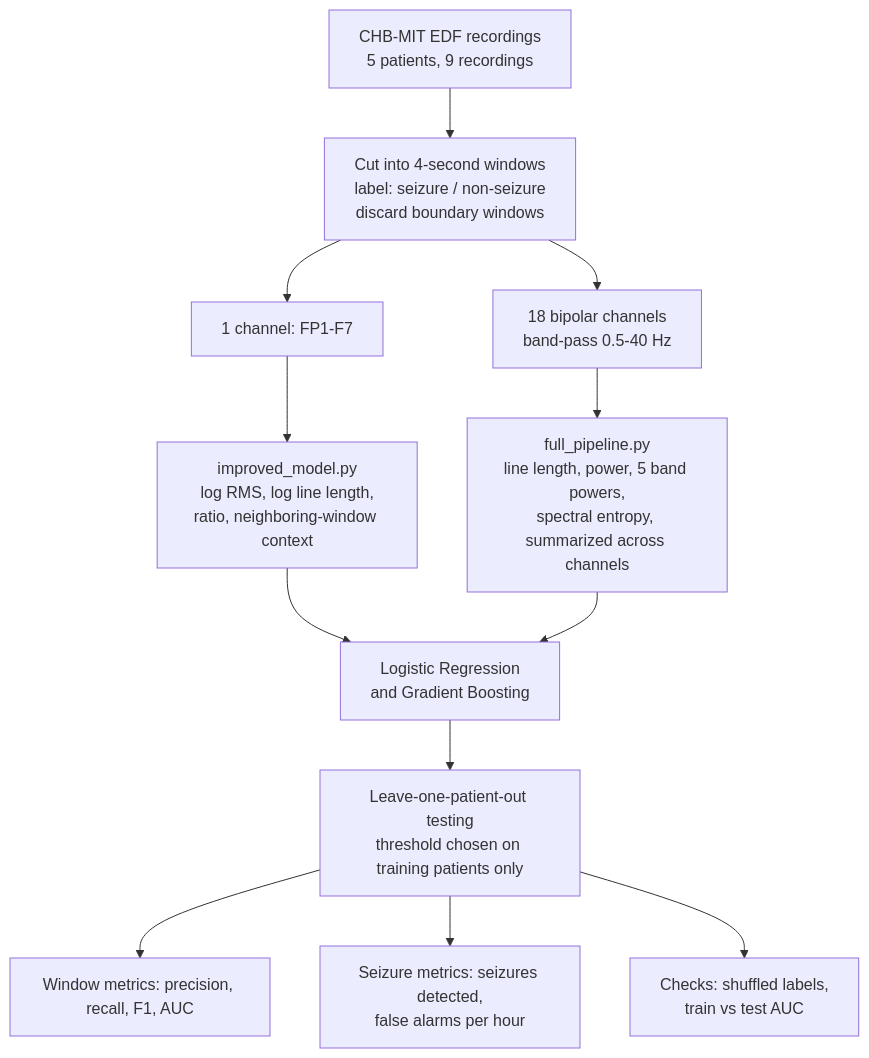
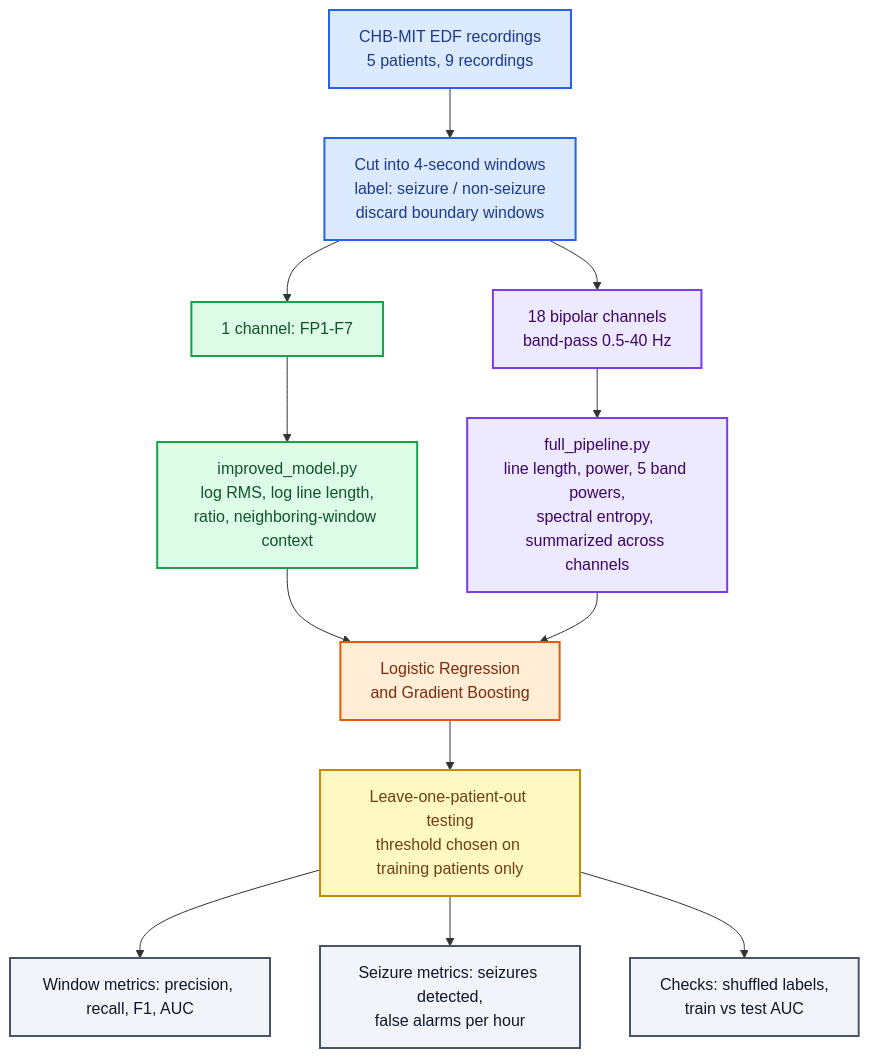
One commit to KiarashBabaei/eeg-seizure-detection changed the diagram in README.md. Above: the diagram before and after it, drawn with Mermaid. The commit also changed other lines of this file, not shown here.

Commit message:
Enhance README with model and data information
Updated README with additional class definitions and data details.

````diff
--- a/README.md
+++ b/README.md
@@ -49,14 +49,28 @@
 ```mermaid
 flowchart TD
     A["CHB-MIT EDF recordings<br/>5 patients, 9 recordings"] --> B["Cut into 4-second windows<br/>label: seizure / non-seizure<br/>discard boundary windows"]
     B --> C1["1 channel: FP1-F7"]
     B --> C2["18 bipolar channels<br/>band-pass 0.5-40 Hz"]
     C1 --> D1["improved_model.py<br/>log RMS, log line length,<br/>ratio, neighboring-window context"]
     C2 --> D2["full_pipeline.py<br/>line length, power, 5 band powers,<br/>spectral entropy, summarized across channels"]
     D1 --> E["Logistic Regression<br/>and Gradient Boosting"]
     D2 --> E
     E --> F["Leave-one-patient-out testing<br/>threshold chosen on training patients only"]
     F --> G["Window metrics: precision, recall, F1, AUC"]
     F --> H["Seizure metrics: seizures detected,<br/>false alarms per hour"]
     F --> I["Checks: shuffled labels,<br/>train vs test AUC"]
+
+    classDef data fill:#dbeafe,stroke:#2563eb,color:#1e3a8a,stroke-width:2px
+    classDef one fill:#dcfce7,stroke:#16a34a,color:#14532d,stroke-width:2px
+    classDef many fill:#ede9fe,stroke:#7c3aed,color:#3b0764,stroke-width:2px
+    classDef model fill:#ffedd5,stroke:#ea580c,color:#7c2d12,stroke-width:2px
+    classDef eval fill:#fef9c3,stroke:#ca8a04,color:#713f12,stroke-width:2px
+    classDef out fill:#f1f5f9,stroke:#475569,color:#0f172a,stroke-width:2px
+
+    class A,B data
+    class C1,D1 one
+    class C2,D2 many
+    class E model
+    class F eval
+    class G,H,I out
 ```
````
